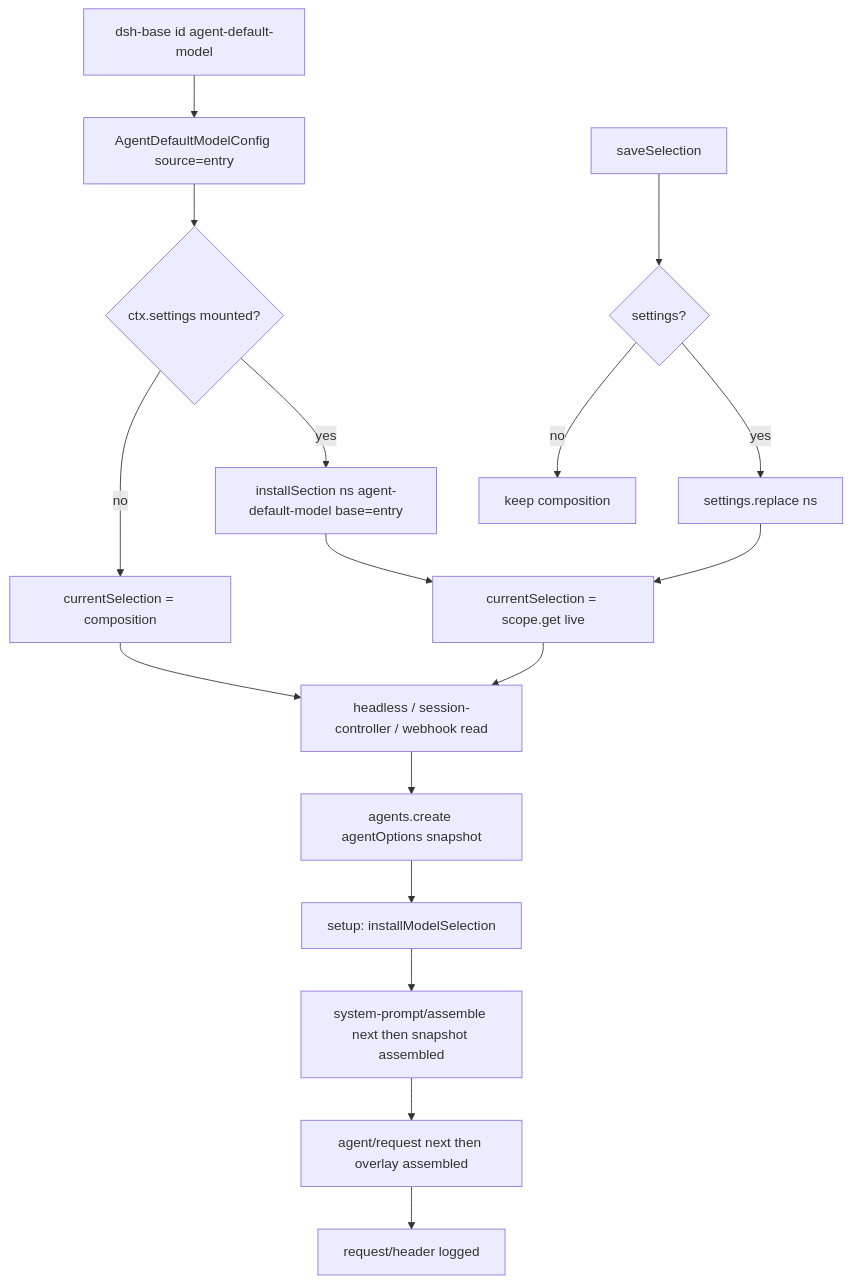
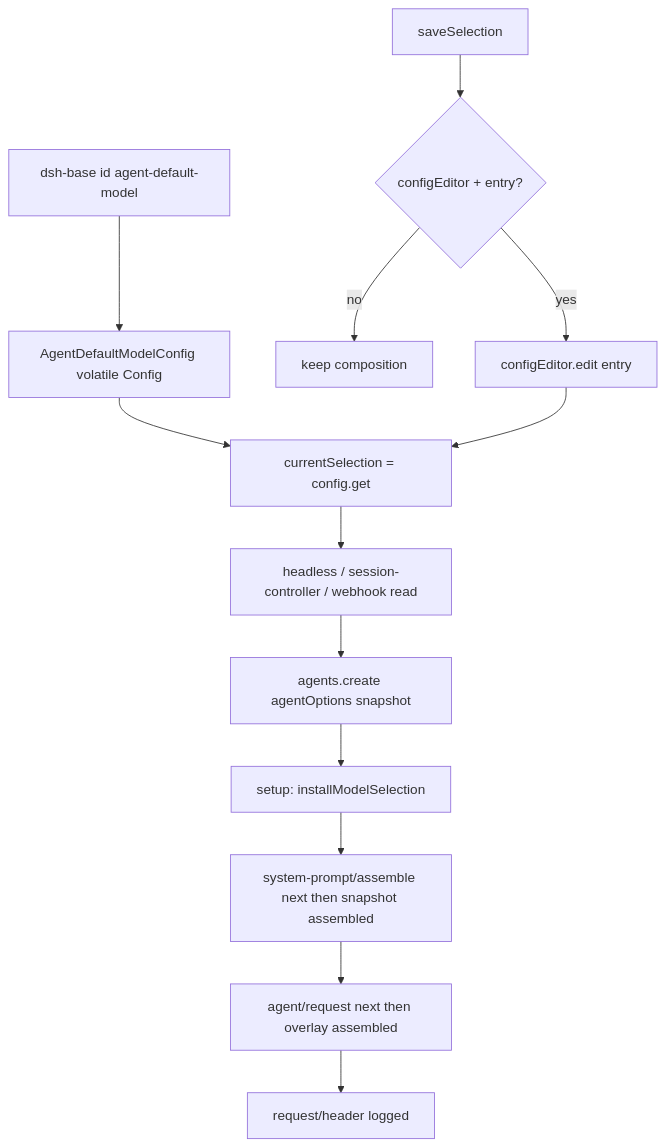
Before and after one commit to wdnmdtonyma/SOTA-Agent-LLM-Wiki: the diagram in docs/llm-wiki/deepseek-harness/subsystems/core/agent-default-model.md, drawn with Mermaid. The commit also changed other lines of this file and 237 other files, not shown here.

````diff
--- a/docs/llm-wiki/deepseek-harness/subsystems/core/agent-default-model.md
+++ b/docs/llm-wiki/deepseek-harness/subsystems/core/agent-default-model.md
@@ -121,19 +115,15 @@
 ```mermaid
 flowchart TD
-  Base["dsh-base id agent-default-model"] --> Ctor["AgentDefaultModelConfig source=entry"]
-  Ctor --> Inject{"ctx.settings mounted?"}
-  Inject -->|no| Comp["currentSelection = composition"]
-  Inject -->|yes| Reg["installSection ns agent-default-model base=entry"]
-  Reg --> Live["currentSelection = scope.get live"]
-  Comp --> Entry["headless / session-controller / webhook read"]
-  Live --> Entry
+  Base["dsh-base id agent-default-model"] --> Ctor["AgentDefaultModelConfig volatile Config"]
+  Ctor --> Live["currentSelection = config.get"]
+  Live --> Entry["headless / session-controller / webhook read"]
   Entry --> Create["agents.create agentOptions snapshot"]
   Create --> Setup["setup: installModelSelection"]
   Setup --> Assemble["system-prompt/assemble next then snapshot assembled"]
   Assemble --> Request["agent/request next then overlay assembled"]
   Request --> Header["request/header logged"]
-  Save["saveSelection"] --> Opt{"settings?"}
+  Save["saveSelection"] --> Opt{"configEditor + entry?"}
   Opt -->|no| Noop["keep composition"]
-  Opt -->|yes| Replace["settings.replace ns"]
-  Replace --> Live
+  Opt -->|yes| Edit["configEditor.edit entry"]
+  Edit --> Live
 ```
````
